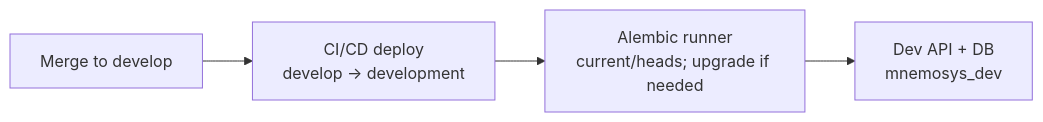
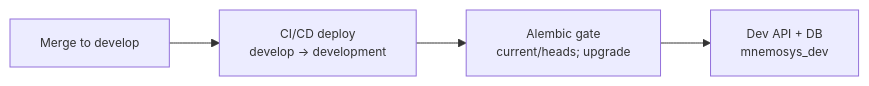
One commit to wphillipmoore/mnemosys-core changed the second of 4 diagrams in docs/diagrams/alembic-migration-workflow.md. Above: the diagram before and after it, drawn with Mermaid. The commit also changed other lines of this file, not shown here.

Commit message:
Shrink mermaid labels to avoid clipping

````diff
--- a/docs/diagrams/alembic-migration-workflow.md
+++ b/docs/diagrams/alembic-migration-workflow.md
@@ -23,8 +25,10 @@
 ```mermaid
 flowchart LR
+  classDef compact font-size:12px;
   DEV["Merge to develop"]
   DEV_PIPE["CI/CD deploy<br/>develop -> development"]
-  DEV_GATE["Alembic runner<br/>current/heads; upgrade if needed"]
+  DEV_GATE["Alembic gate<br/>current/heads; upgrade"]
   DEV_APP["Dev API + DB<br/>mnemosys_dev"]
   DEV --> DEV_PIPE --> DEV_GATE --> DEV_APP
+  class DEV,DEV_PIPE,DEV_GATE,DEV_APP compact;
 ```
````
